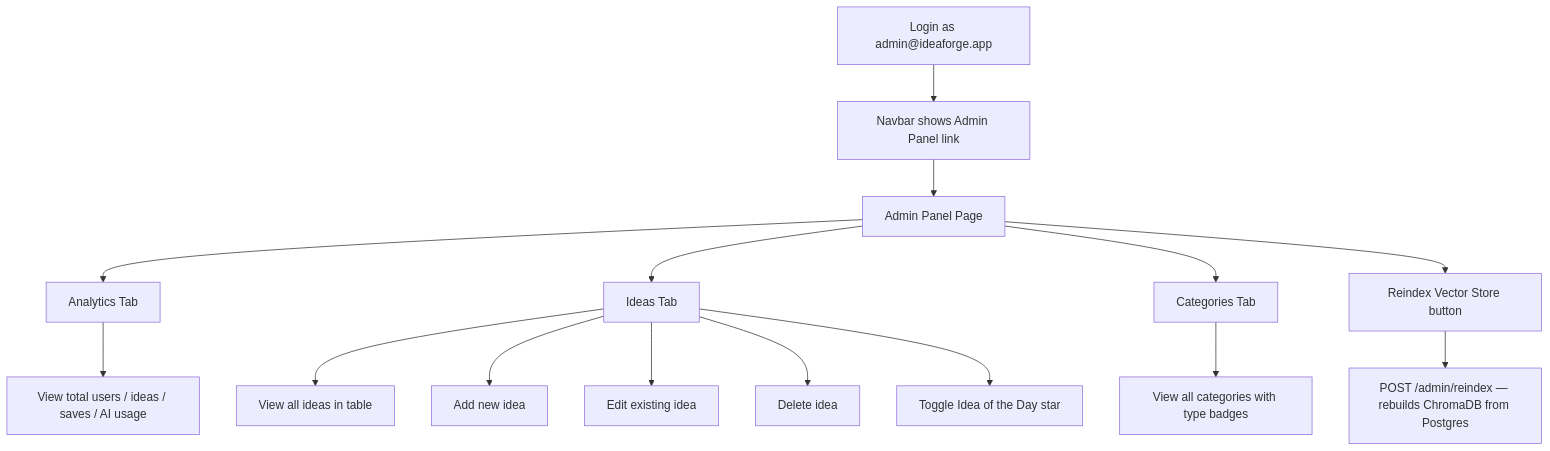
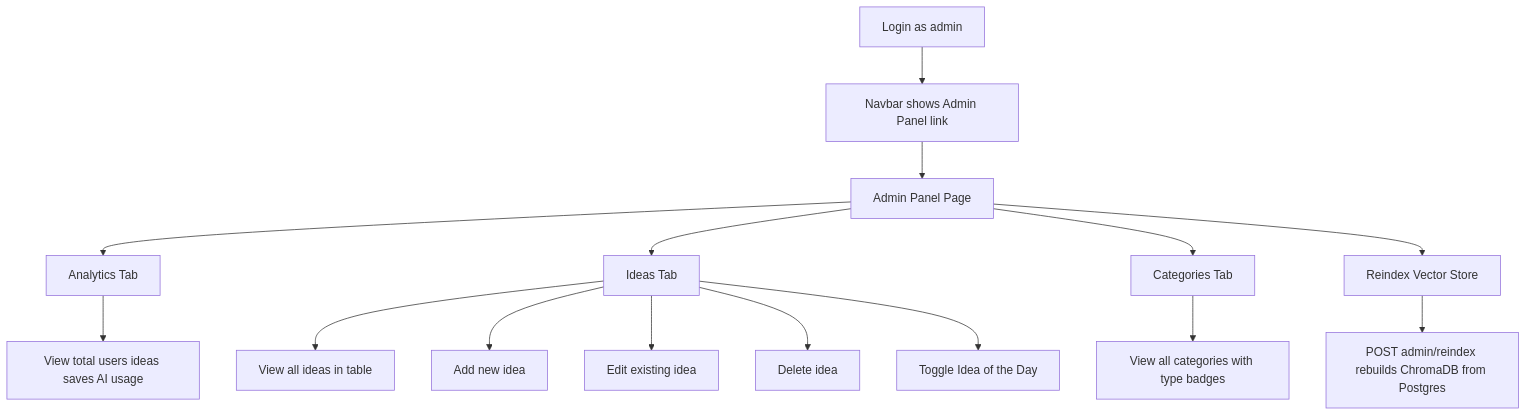
The tenth of 10 diagrams in docs/Architecture.md (ramakrishnabalijepally-del/IdeaForge), drawn with Mermaid before and after one commit. The commit also changed other lines of this file, not shown here.

First line of the commit message:
Fix all Mermaid diagrams in Architecture.md for GitHub compatibility

````diff
--- a/docs/Architecture.md
+++ b/docs/Architecture.md
@@ -418,17 +420,17 @@
 ```mermaid
 flowchart TD
-    A[Login as admin@ideaforge.app] --> B[Navbar shows Admin Panel link]
+    A[Login as admin] --> B[Navbar shows Admin Panel link]
     B --> C[Admin Panel Page]
     C --> D[Analytics Tab]
-    D --> D1[View total users / ideas / saves / AI usage]
+    D --> D1[View total users ideas saves AI usage]
     C --> E[Ideas Tab]
     E --> E1[View all ideas in table]
     E --> E2[Add new idea]
     E --> E3[Edit existing idea]
     E --> E4[Delete idea]
-    E --> E5[Toggle Idea of the Day star]
+    E --> E5[Toggle Idea of the Day]
     C --> F[Categories Tab]
     F --> F1[View all categories with type badges]
-    C --> G[Reindex Vector Store button]
-    G --> G1[POST /admin/reindex — rebuilds ChromaDB from Postgres]
+    C --> G[Reindex Vector Store]
+    G --> G1[POST admin/reindex rebuilds ChromaDB from Postgres]
 ```
````
